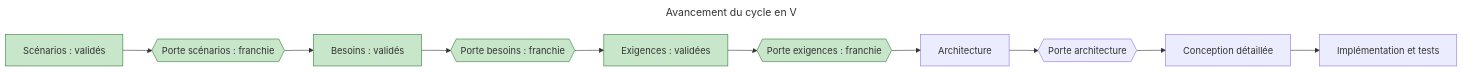
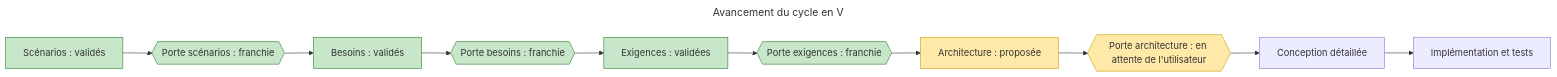
The diagram in projets/boomrone/reprise.md (thourymatthieu-png/coworker_archi_system), drawn with Mermaid before and after one commit. The commit also changed other lines of this file and 5 other files, not shown here.

First line of the commit message:
Boomrone : phase architecture, 30 ARC, 27 TI, porte non franchie

````diff
--- a/projets/boomrone/reprise.md
+++ b/projets/boomrone/reprise.md
@@ -10,19 +10,19 @@
 ```mermaid
 ---
 title: "Avancement du cycle en V"
 ---
 flowchart LR
     S["Scénarios : validés"] --> PS{{"Porte scénarios : franchie"}}
     PS --> B["Besoins : validés"]
     B --> PB{{"Porte besoins : franchie"}}
     PB --> R["Exigences : validées"]
     R --> PR{{"Porte exigences : franchie"}}
-    PR --> A["Architecture"]
-    A --> PA{{"Porte architecture"}}
+    PR --> A["Architecture : proposée"]
+    A --> PA{{"Porte architecture : en attente de l'utilisateur"}}
     PA --> D["Conception détaillée"]
     D --> I["Implémentation et tests"]
     classDef fait fill:#c8e6c9,stroke:#2e7d32
     classDef cours fill:#ffe9a8,stroke:#c90
-    class S,PS,B,PB fait
-    class R,PR fait
+    class S,PS,B,PB,R,PR fait
+    class A,PA cours
 ```
````
